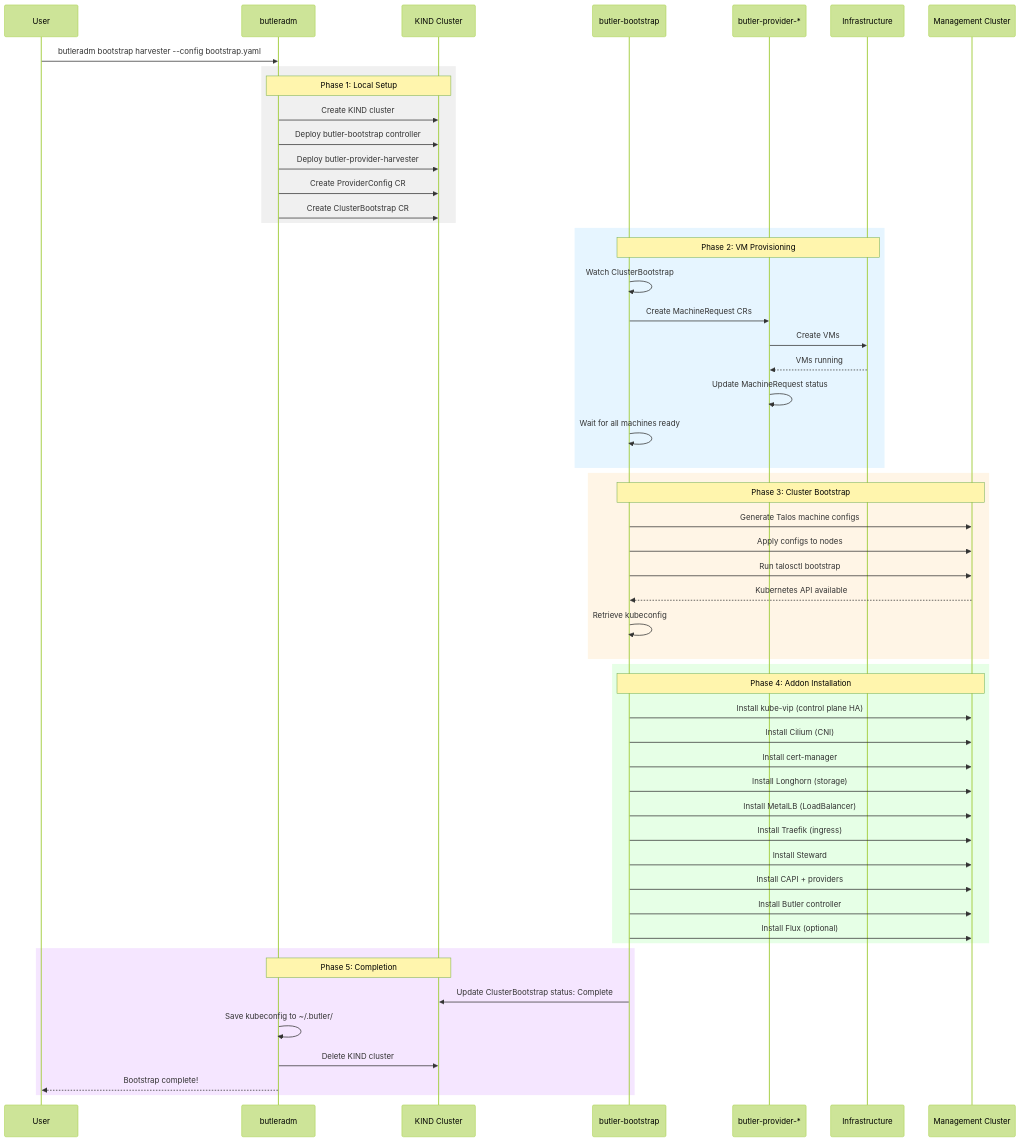
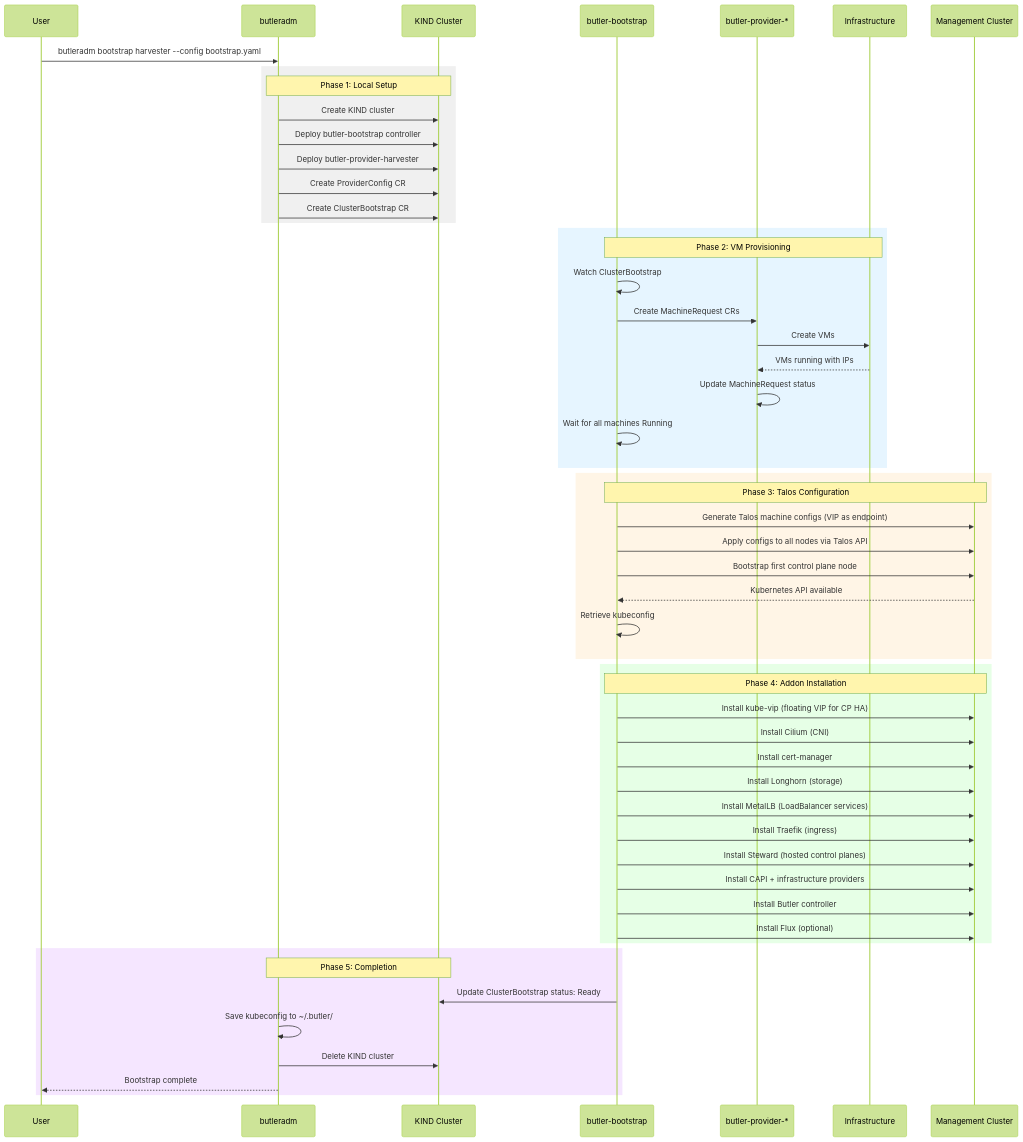
The first of 2 diagrams in docs/architecture/bootstrap-flow.md (butlerdotdev/butler), drawn with Mermaid (forest theme) before and after one commit. The commit also changed other lines of this file and 10 other files, not shown here.

First line of the commit message:
docs: add cloud bootstrap and provider documentation (#12)

````diff
--- a/docs/architecture/bootstrap-flow.md
+++ b/docs/architecture/bootstrap-flow.md
@@ -18,62 +39,62 @@
 ```mermaid
 sequenceDiagram
     participant User
     participant CLI as butleradm
     participant KIND as KIND Cluster
     participant Bootstrap as butler-bootstrap
     participant Provider as butler-provider-*
     participant Infra as Infrastructure
     participant MC as Management Cluster
-    
+
     User->>CLI: butleradm bootstrap harvester --config bootstrap.yaml
-    
+
     rect rgb(240, 240, 240)
         Note over CLI,KIND: Phase 1: Local Setup
         CLI->>KIND: Create KIND cluster
         CLI->>KIND: Deploy butler-bootstrap controller
         CLI->>KIND: Deploy butler-provider-harvester
         CLI->>KIND: Create ProviderConfig CR
         CLI->>KIND: Create ClusterBootstrap CR
     end
-    
+
     rect rgb(230, 245, 255)
         Note over Bootstrap,Infra: Phase 2: VM Provisioning
         Bootstrap->>Bootstrap: Watch ClusterBootstrap
         Bootstrap->>Provider: Create MachineRequest CRs
         Provider->>Infra: Create VMs
-        Infra-->>Provider: VMs running
+        Infra-->>Provider: VMs running with IPs
         Provider->>Provider: Update MachineRequest status
-        Bootstrap->>Bootstrap: Wait for all machines ready
+        Bootstrap->>Bootstrap: Wait for all machines Running
     end
-    
+
     rect rgb(255, 245, 230)
-        Note over Bootstrap,MC: Phase 3: Cluster Bootstrap
-        Bootstrap->>MC: Generate Talos machine configs
-        Bootstrap->>MC: Apply configs to nodes
-        Bootstrap->>MC: Run talosctl bootstrap
+        Note over Bootstrap,MC: Phase 3: Talos Configuration
+        Bootstrap->>MC: Generate Talos machine configs (VIP as endpoint)
+        Bootstrap->>MC: Apply configs to all nodes via Talos API
+        Bootstrap->>MC: Bootstrap first control plane node
         MC-->>Bootstrap: Kubernetes API available
         Bootstrap->>Bootstrap: Retrieve kubeconfig
     end
-    
+
     rect rgb(230, 255, 230)
         Note over Bootstrap,MC: Phase 4: Addon Installation
-        Bootstrap->>MC: Install kube-vip (control plane HA)
+        Bootstrap->>MC: Install kube-vip (floating VIP for CP HA)
         Bootstrap->>MC: Install Cilium (CNI)
         Bootstrap->>MC: Install cert-manager
         Bootstrap->>MC: Install Longhorn (storage)
-        Bootstrap->>MC: Install MetalLB (LoadBalancer)
+        Bootstrap->>MC: Install MetalLB (LoadBalancer services)
         Bootstrap->>MC: Install Traefik (ingress)
-        Bootstrap->>MC: Install Steward
-        Bootstrap->>MC: Install CAPI + providers
+        Bootstrap->>MC: Install Steward (hosted control planes)
+        Bootstrap->>MC: Install CAPI + infrastructure providers
         Bootstrap->>MC: Install Butler controller
         Bootstrap->>MC: Install Flux (optional)
     end
-    
+
     rect rgb(245, 230, 255)
         Note over CLI,KIND: Phase 5: Completion
-        Bootstrap->>KIND: Update ClusterBootstrap status: Complete
+        Bootstrap->>KIND: Update ClusterBootstrap status: Ready
         CLI->>CLI: Save kubeconfig to ~/.butler/
         CLI->>KIND: Delete KIND cluster
-        CLI-->>User: Bootstrap complete!
+        CLI-->>User: Bootstrap complete
     end
 ```
````
